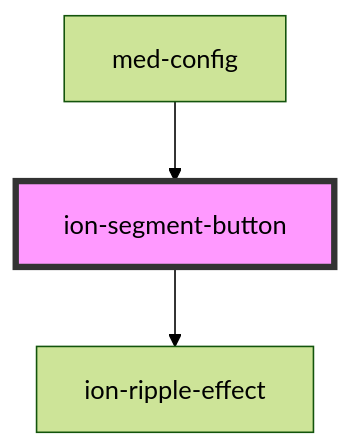
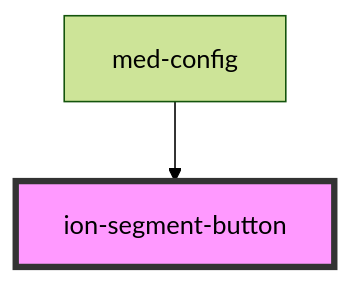
The diagram in core/src/components/segment-button/readme.md (MEDGRUPOGIT/ionic-framework-1), drawn with Mermaid (forest theme) before and after one commit. The commit also changed other lines of this file and 96 other files, not shown here.

````diff
--- a/core/src/components/segment-button/readme.md
+++ b/core/src/components/segment-button/readme.md
@@ -865,6 +860,5 @@
 ```mermaid
 graph TD;
-  ion-segment-button --> ion-ripple-effect
   med-config --> ion-segment-button
   style ion-segment-button fill:#f9f,stroke:#333,stroke-width:4px
 ```
````
